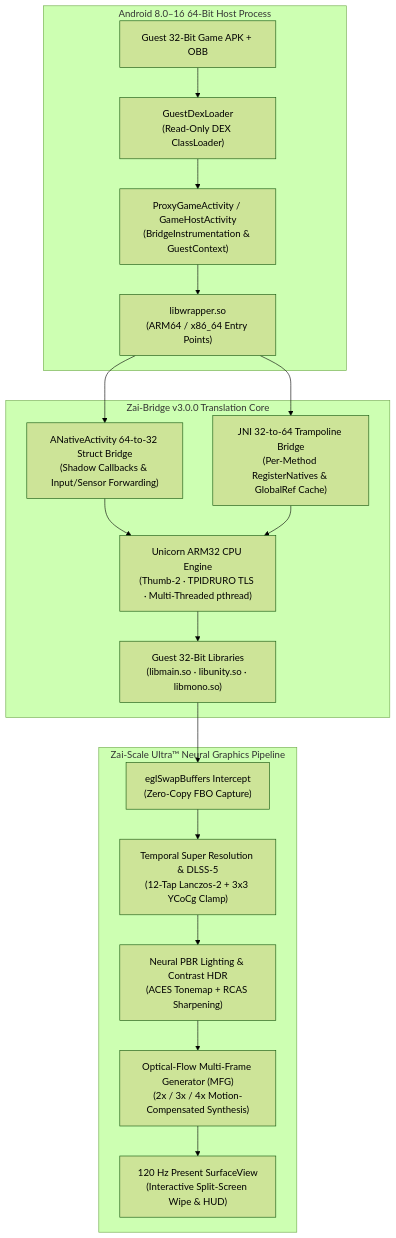
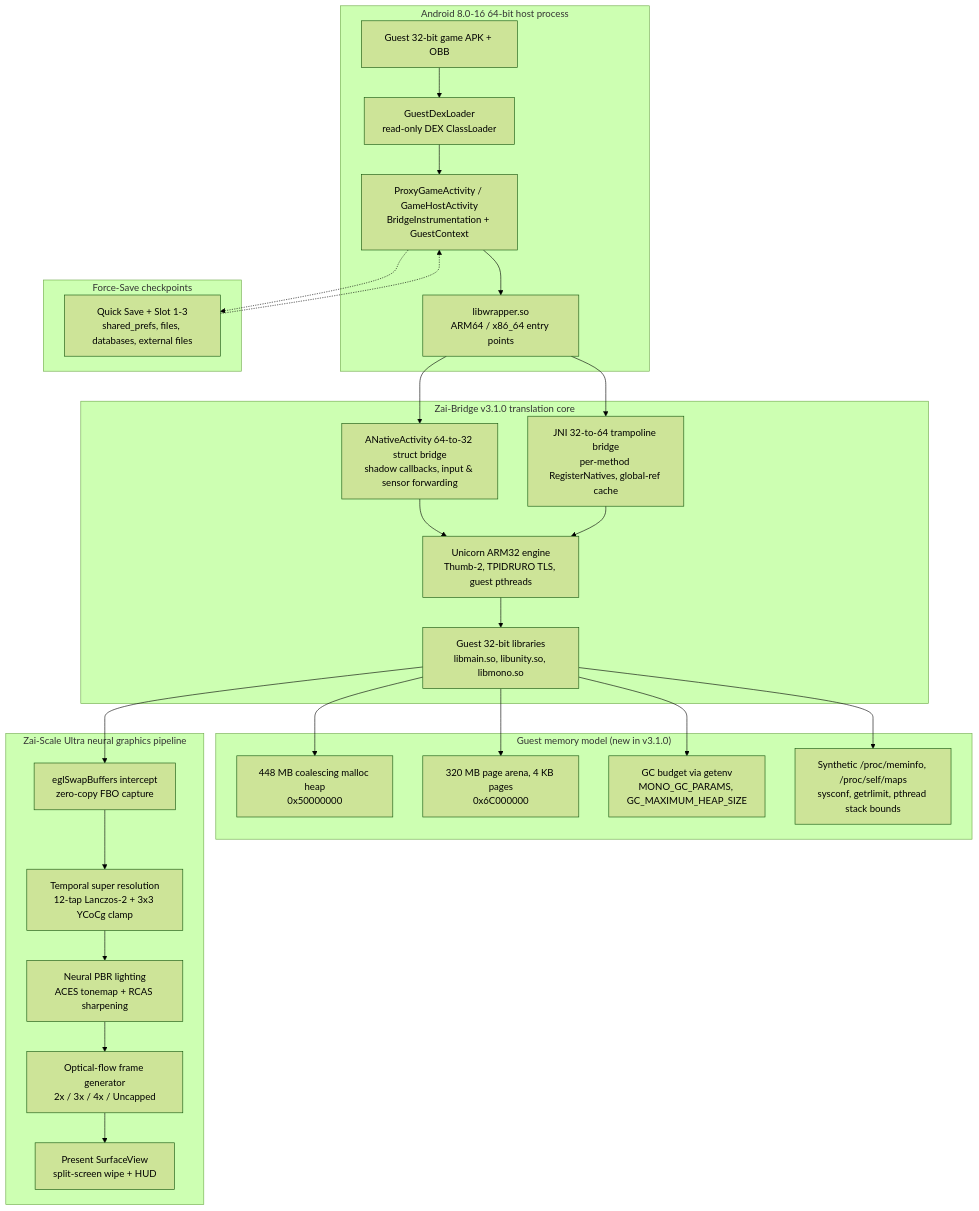
The first of 2 diagrams in README.md (mohdziauddin2006-cloud/zai-bridge), drawn with Mermaid (forest theme) before and after one commit. The commit also changed other lines of this file, not shown here.

First line of the commit message:
docs(readme): document the v3.1.0 arena, GC budget and honest run status

````diff
--- a/README.md
+++ b/README.md
@@ -50,24 +64,36 @@
 ```mermaid
 flowchart TD
-    subgraph Host ["Android 8.0–16 64-Bit Host Process"]
-        A["Guest 32-Bit Game APK + OBB"] --> B["GuestDexLoader<br/>(Read-Only DEX ClassLoader)"]
-        B --> C["ProxyGameActivity / GameHostActivity<br/>(BridgeInstrumentation & GuestContext)"]
-        C --> D["libwrapper.so<br/>(ARM64 / x86_64 Entry Points)"]
+    subgraph Host["Android 8.0-16 64-bit host process"]
+        A["Guest 32-bit game APK + OBB"] --> B["GuestDexLoader<br/>read-only DEX ClassLoader"]
+        B --> C["ProxyGameActivity / GameHostActivity<br/>BridgeInstrumentation + GuestContext"]
+        C --> D["libwrapper.so<br/>ARM64 / x86_64 entry points"]
     end
 
-    subgraph Core ["Zai-Bridge v3.0.0 Translation Core"]
-        D --> E["ANativeActivity 64-to-32 Struct Bridge<br/>(Shadow Callbacks & Input/Sensor Forwarding)"]
-        D --> F["JNI 32-to-64 Trampoline Bridge<br/>(Per-Method RegisterNatives & GlobalRef Cache)"]
-        E --> G["Unicorn ARM32 CPU Engine<br/>(Thumb-2 · TPIDRURO TLS · Multi-Threaded pthread)"]
+    subgraph Core["Zai-Bridge v3.1.0 translation core"]
+        D --> E["ANativeActivity 64-to-32 struct bridge<br/>shadow callbacks, input & sensor forwarding"]
+        D --> F["JNI 32-to-64 trampoline bridge<br/>per-method RegisterNatives, global-ref cache"]
+        E --> G["Unicorn ARM32 engine<br/>Thumb-2, TPIDRURO TLS, guest pthreads"]
         F --> G
-        G --> H["Guest 32-Bit Libraries<br/>(libmain.so · libunity.so · libmono.so)"]
+        G --> H["Guest 32-bit libraries<br/>libmain.so, libunity.so, libmono.so"]
     end
 
-    subgraph Graphics ["Zai-Scale Ultra™ Neural Graphics Pipeline"]
-        H --> I["eglSwapBuffers Intercept<br/>(Zero-Copy FBO Capture)"]
-        I --> J["Temporal Super Resolution & DLSS-5<br/>(12-Tap Lanczos-2 + 3x3 YCoCg Clamp)"]
-        J --> K["Neural PBR Lighting & Contrast HDR<br/>(ACES Tonemap + RCAS Sharpening)"]
-        K --> L["Optical-Flow Multi-Frame Generator (MFG)<br/>(2x / 3x / 4x Motion-Compensated Synthesis)"]
-        L --> M["120 Hz Present SurfaceView<br/>(Interactive Split-Screen Wipe & HUD)"]
+    subgraph Mem["Guest memory model (new in v3.1.0)"]
+        H --> M1["448 MB coalescing malloc heap<br/>0x50000000"]
+        H --> M2["320 MB page arena, 4 KB pages<br/>0x6C000000"]
+        H --> M3["GC budget via getenv<br/>MONO_GC_PARAMS, GC_MAXIMUM_HEAP_SIZE"]
+        H --> M4["Synthetic /proc/meminfo, /proc/self/maps<br/>sysconf, getrlimit, pthread stack bounds"]
+    end
+
+    subgraph Gfx["Zai-Scale Ultra neural graphics pipeline"]
+        H --> I["eglSwapBuffers intercept<br/>zero-copy FBO capture"]
+        I --> J["Temporal super resolution<br/>12-tap Lanczos-2 + 3x3 YCoCg clamp"]
+        J --> K["Neural PBR lighting<br/>ACES tonemap + RCAS sharpening"]
+        K --> L["Optical-flow frame generator<br/>2x / 3x / 4x / Uncapped"]
+        L --> N["Present SurfaceView<br/>split-screen wipe + HUD"]
+    end
+
+    subgraph Save["Force-Save checkpoints"]
+        C -.-> S["Quick Save + Slot 1-3<br/>shared_prefs, files, databases, external files"]
+        S -.-> C
     end
 ```
````
